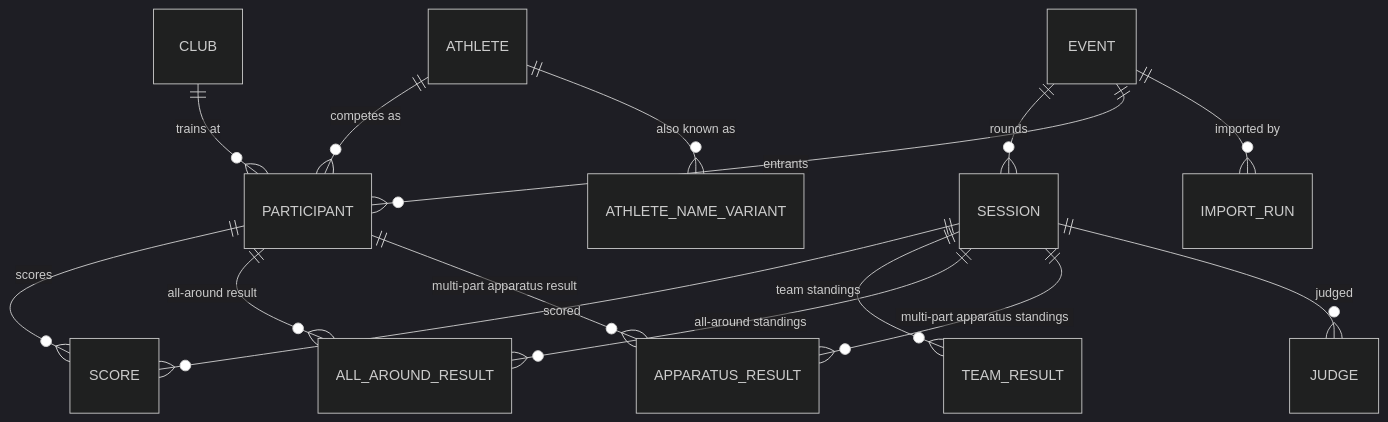
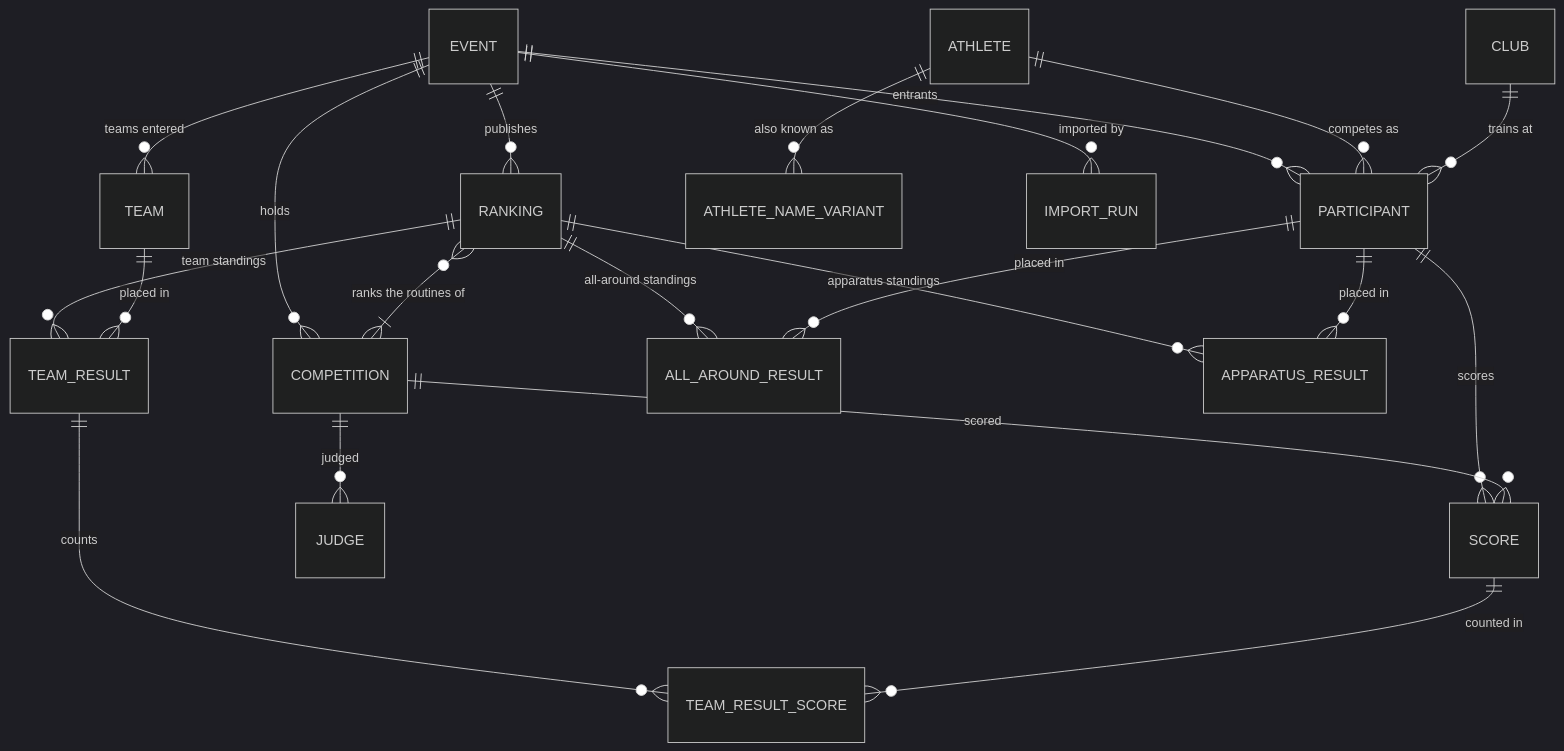
The diagram in backend/docs/data-model.md (doubletuck/gym-meet), drawn with Mermaid (dark theme) before and after one commit. The commit also changed other lines of this file and 75 other files, not shown here.

````diff
--- a/backend/docs/data-model.md
+++ b/backend/docs/data-model.md
@@ -9,17 +9,23 @@
 ```mermaid
 erDiagram
-    EVENT ||--o{ SESSION : rounds
+    EVENT ||--o{ COMPETITION : holds
     EVENT ||--o{ PARTICIPANT : entrants
+    EVENT ||--o{ RANKING : publishes
+    EVENT ||--o{ TEAM : "teams entered"
     ATHLETE ||--o{ PARTICIPANT : "competes as"
     CLUB ||--o{ PARTICIPANT : "trains at"
     ATHLETE ||--o{ ATHLETE_NAME_VARIANT : "also known as"
     PARTICIPANT ||--o{ SCORE : scores
-    PARTICIPANT ||--o{ ALL_AROUND_RESULT : "all-around result"
-    PARTICIPANT ||--o{ APPARATUS_RESULT : "multi-part apparatus result"
-    SESSION ||--o{ SCORE : scored
-    SESSION ||--o{ TEAM_RESULT : "team standings"
-    SESSION ||--o{ ALL_AROUND_RESULT : "all-around standings"
-    SESSION ||--o{ APPARATUS_RESULT : "multi-part apparatus standings"
-    SESSION ||--o{ JUDGE : judged
+    COMPETITION ||--o{ SCORE : scored
+    COMPETITION ||--o{ JUDGE : judged
+    RANKING }o--|{ COMPETITION : "ranks the routines of"
+    RANKING ||--o{ TEAM_RESULT : "team standings"
+    RANKING ||--o{ ALL_AROUND_RESULT : "all-around standings"
+    RANKING ||--o{ APPARATUS_RESULT : "apparatus standings"
+    TEAM ||--o{ TEAM_RESULT : "placed in"
+    PARTICIPANT ||--o{ ALL_AROUND_RESULT : "placed in"
+    PARTICIPANT ||--o{ APPARATUS_RESULT : "placed in"
+    TEAM_RESULT ||--o{ TEAM_RESULT_SCORE : "counts"
+    SCORE ||--o{ TEAM_RESULT_SCORE : "counted in"
     EVENT ||--o{ IMPORT_RUN : "imported by"
 ```
````
